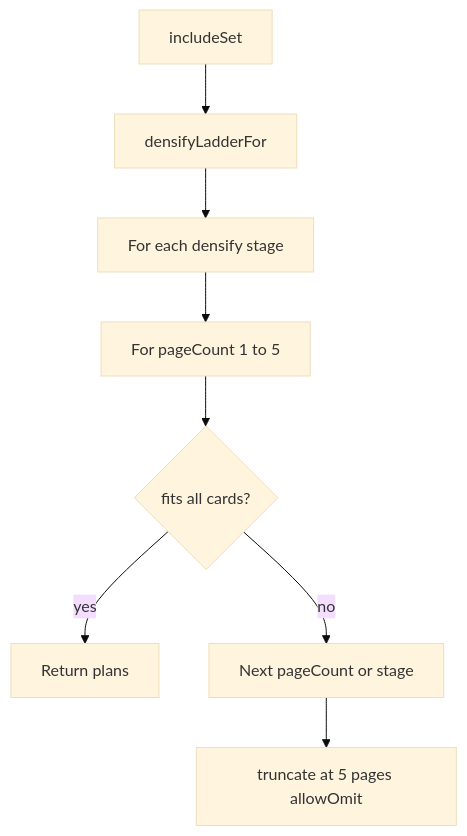
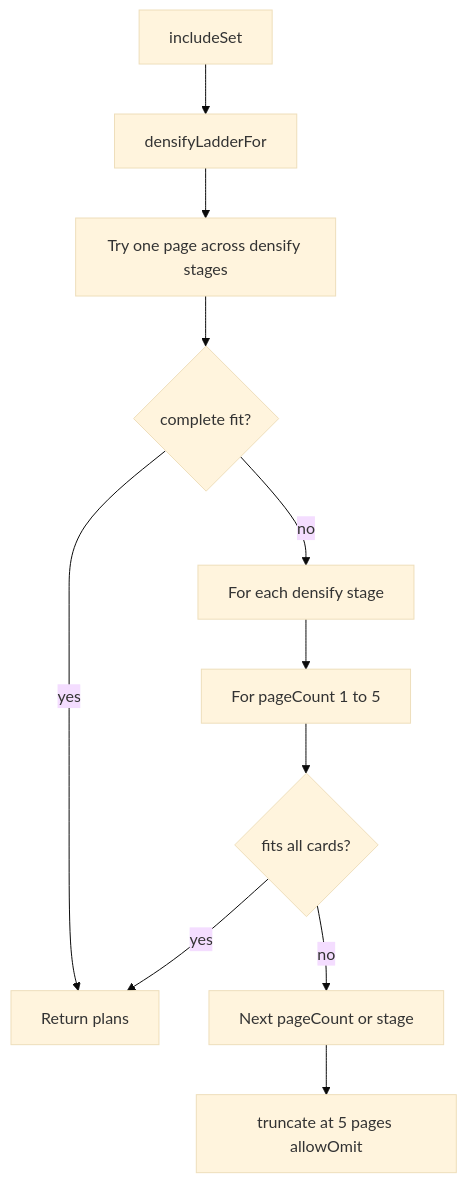
One commit to rayenz-akusiom/rayenz-hub changed the second of 2 diagrams in docs/glance-layout.md. Above: the diagram before and after it, drawn with Mermaid (base theme). The commit also changed other lines of this file and 5 other files, not shown here.

````diff
--- a/docs/glance-layout.md
+++ b/docs/glance-layout.md
@@ -156,10 +157,13 @@
 ```mermaid
 flowchart TD
   start[includeSet] --> ladder[densifyLadderFor]
-  ladder --> stage[For each densify stage]
+  ladder --> single[Try one page across densify stages]
+  single --> singleFit{complete fit?}
+  singleFit -->|yes| done[Return one page]
+  singleFit -->|no| stage[For each densify stage]
   stage --> pages[For pageCount 1 to 5]
-  pages --> fit{fits all cards?}
-  fit -->|yes| done[Return plans]
-  fit -->|no| next[Next pageCount or stage]
+  pages --> multiFit{fits all cards?}
+  multiFit -->|yes| done[Return plans]
+  multiFit -->|no| next[Next pageCount or stage]
   next --> truncate[truncate at 5 pages allowOmit]
 ```
````
